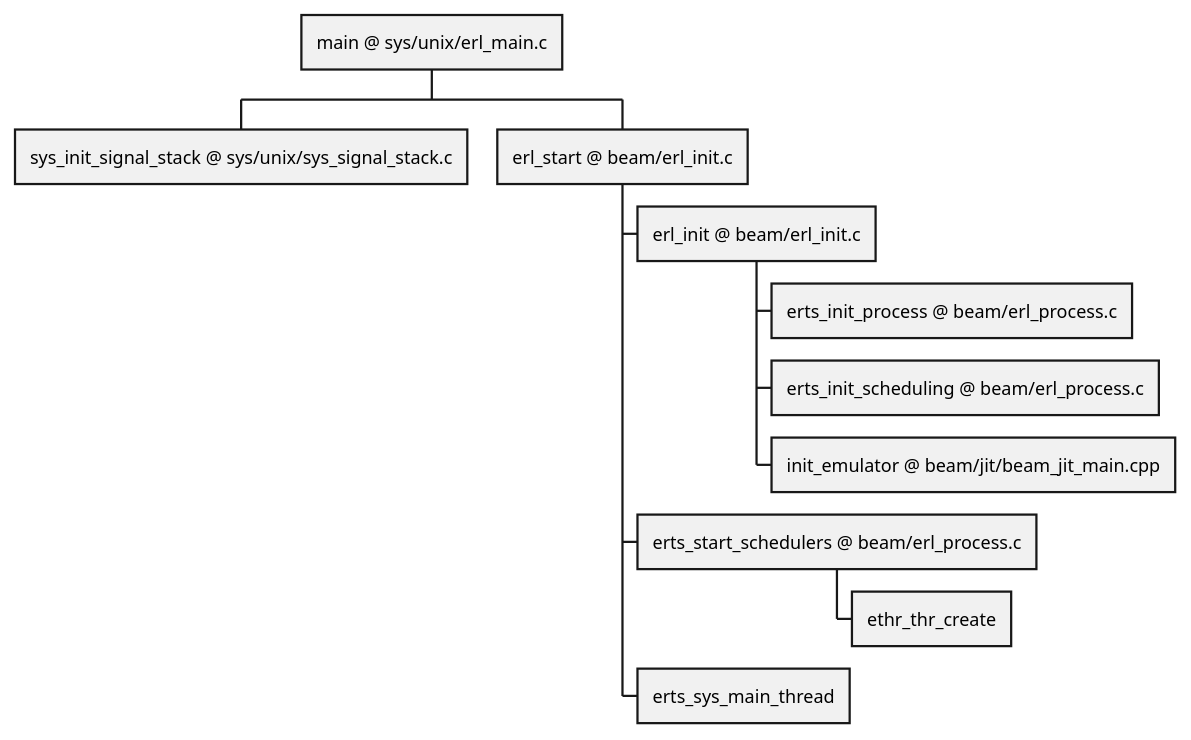
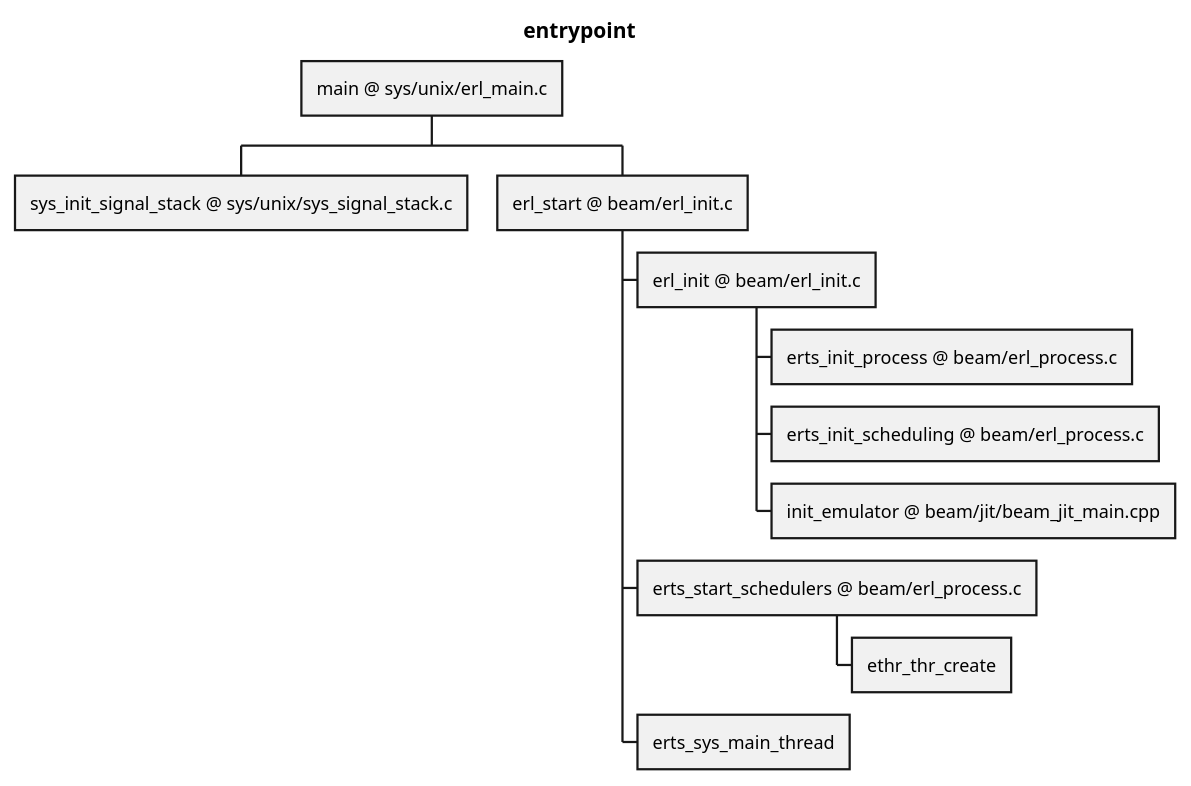
Before and after one commit to ohr486/ErlHG: the diagram in entry.md, drawn with PlantUML. The commit also changed other lines of this file, not shown here.

````diff
--- a/entry.md
+++ b/entry.md
@@ -5,15 +5,15 @@
 ```plantuml
+@startwbs
 title: entrypoint
-@startwbs
 * main @ sys/unix/erl_main.c
 ** sys_init_signal_stack @ sys/unix/sys_signal_stack.c
 ** erl_start @ beam/erl_init.c
 *** erl_init @ beam/erl_init.c
 **** erts_init_process @ beam/erl_process.c
 **** erts_init_scheduling @ beam/erl_process.c
 **** init_emulator @ beam/jit/beam_jit_main.cpp
 *** erts_start_schedulers @ beam/erl_process.c
 **** ethr_thr_create
 *** erts_sys_main_thread
 @endwbs
 ```
````
